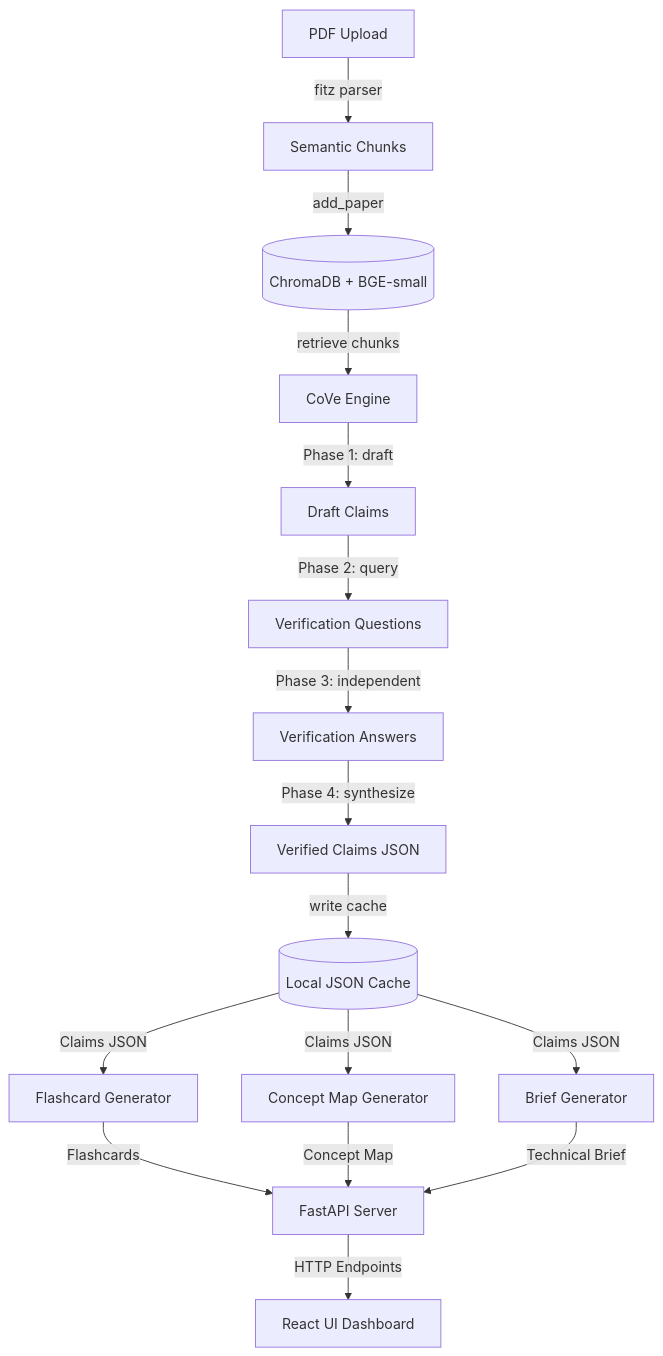
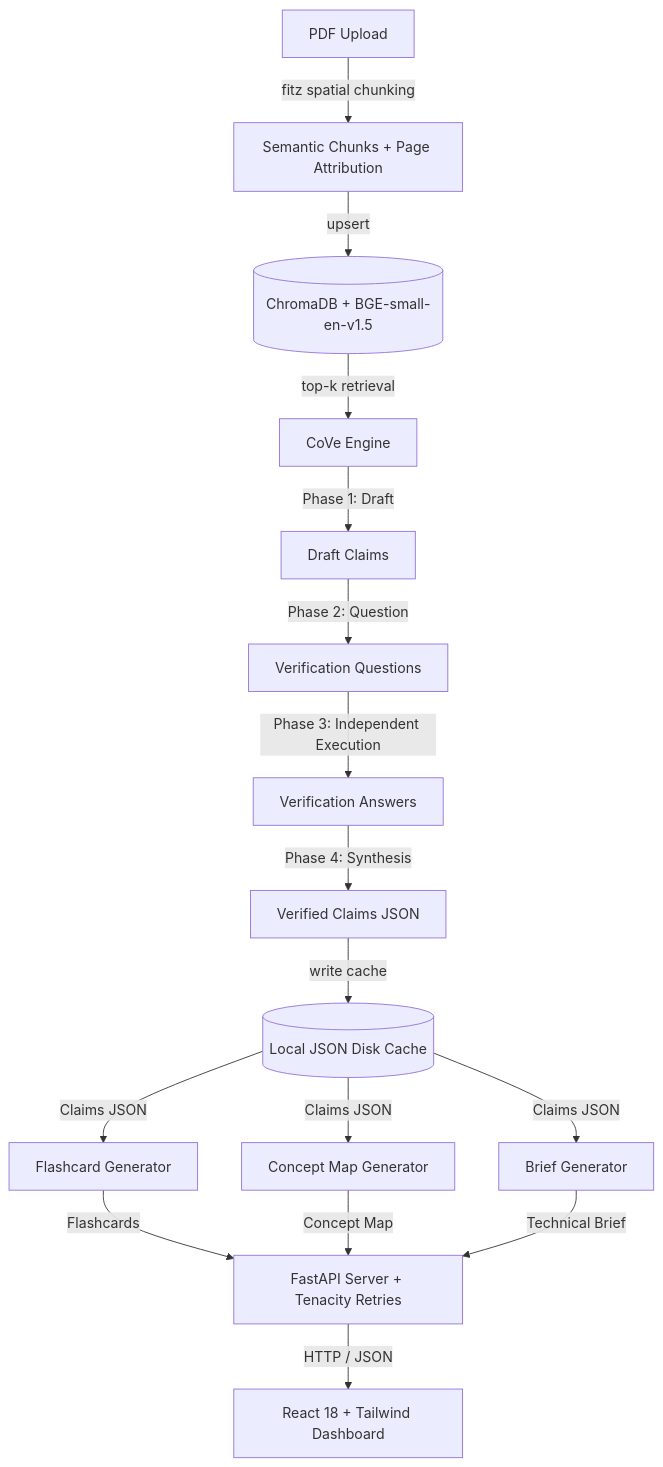
The diagram in README.md (Vivek-Maheshwari-07/Demon_Slayer-VIvek), drawn with Mermaid before and after one commit. The commit also changed other lines of this file and 47 other files, not shown here.

````diff
--- a/README.md
+++ b/README.md
@@ -26,25 +31,25 @@
 ```mermaid
 graph TD
-    PDF[PDF Upload] -->|fitz parser| Chunks[Semantic Chunks]
-    Chunks -->|add_paper| Chroma[(ChromaDB + BGE-small)]
+    PDF[PDF Upload] -->|fitz spatial chunking| Chunks[Semantic Chunks + Page Attribution]
+    Chunks -->|upsert| Chroma[(ChromaDB + BGE-small-en-v1.5)]
     
     %% Claims Pipeline
-    Chroma -->|retrieve chunks| CoVe[CoVe Engine]
-    CoVe -->|Phase 1: draft| Draft[Draft Claims]
-    Draft -->|Phase 2: query| Questions[Verification Questions]
-    Questions -->|Phase 3: independent| Answers[Verification Answers]
-    Answers -->|Phase 4: synthesize| VerifiedClaims[Verified Claims JSON]
+    Chroma -->|top-k retrieval| CoVe[CoVe Engine]
+    CoVe -->|Phase 1: Draft| Draft[Draft Claims]
+    Draft -->|Phase 2: Question| Questions[Verification Questions]
+    Questions -->|Phase 3: Independent Execution| Answers[Verification Answers]
+    Answers -->|Phase 4: Synthesis| VerifiedClaims[Verified Claims JSON]
     
-    %% Cache & Generators
-    VerifiedClaims -->|write cache| FileCache[(Local JSON Cache)]
+    %% Generators & Cache
+    VerifiedClaims -->|write cache| FileCache[(Local JSON Disk Cache)]
     FileCache -->|Claims JSON| Gen1[Flashcard Generator]
     FileCache -->|Claims JSON| Gen2[Concept Map Generator]
     FileCache -->|Claims JSON| Gen3[Brief Generator]
     
     %% API & Frontend
-    Gen1 -->|Flashcards| API[FastAPI Server]
+    Gen1 -->|Flashcards| API[FastAPI Server + Tenacity Retries]
     Gen2 -->|Concept Map| API
     Gen3 -->|Technical Brief| API
     
-    API -->|HTTP Endpoints| UI[React UI Dashboard]
+    API -->|HTTP / JSON| UI[React 18 + Tailwind Dashboard]
 ```
````
